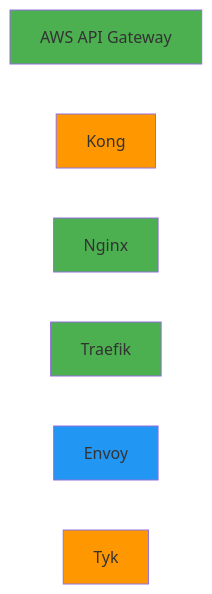
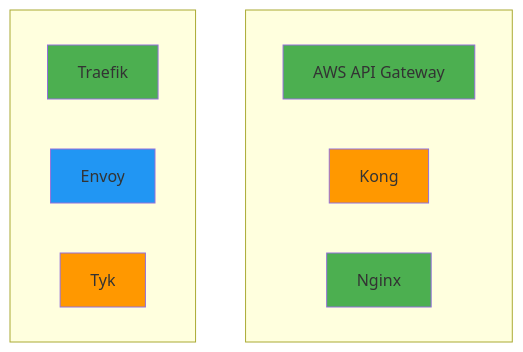
One commit to niceguy61/kdt_devops_lecture_2025 changed the ninth of 10 diagrams in theory/week_04/day1/challenge_2.md. Above: the diagram before and after it, drawn with Mermaid. The commit also changed other lines of this file, not shown here.

````diff
--- a/theory/week_04/day1/challenge_2.md
+++ b/theory/week_04/day1/challenge_2.md
@@ -349,16 +353,21 @@
 ```mermaid
-graph LR
-    A[AWS API Gateway]
-    B[Kong]
-    C[Nginx]
-    D[Traefik]
-    E[Envoy]
-    F[Tyk]
+graph TB
+    subgraph col1[" "]
+        A[AWS API Gateway]
+        B[Kong]
+        C[Nginx]
+    end
+    
+    subgraph col2[" "]
+        D[Traefik]
+        E[Envoy]
+        F[Tyk]
+    end
     
     style A fill:#4caf50
     style B fill:#ff9800
     style C fill:#4caf50
     style D fill:#4caf50
     style E fill:#2196f3
     style F fill:#ff9800
 ```
````
